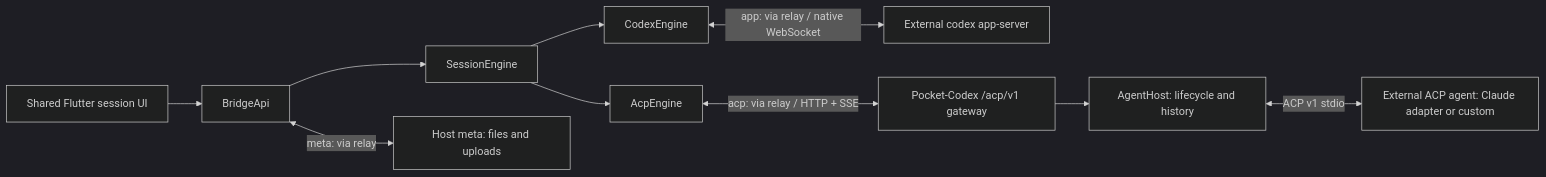
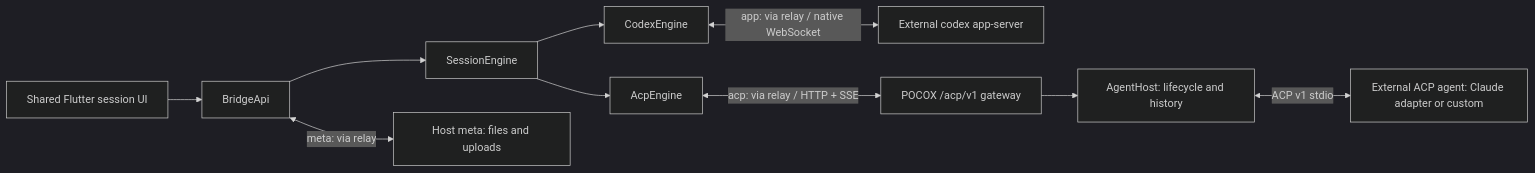
The diagram in docs/acp-agents.md (acking-you/POCOX), drawn with Mermaid (dark theme) before and after one commit. The commit also changed other lines of this file and 123 other files, not shown here.

````diff
--- a/docs/acp-agents.md
+++ b/docs/acp-agents.md
@@ -20,12 +20,12 @@
 ```mermaid
 flowchart LR
   UI[Shared Flutter session UI] --> API[BridgeApi]
   API --> E[SessionEngine]
   E --> C[CodexEngine]
   E --> A[AcpEngine]
   C <-->|"app: via relay / native WebSocket"| N[External codex app-server]
-  A <-->|"acp: via relay / HTTP + SSE"| G[Pocket-Codex /acp/v1 gateway]
+  A <-->|"acp: via relay / HTTP + SSE"| G[POCOX /acp/v1 gateway]
   G --> H[AgentHost: lifecycle and history]
   H <-->|ACP v1 stdio| P[External ACP agent: Claude adapter or custom]
   API <-->|"meta: via relay"| M[Host meta: files and uploads]
 ```
````
